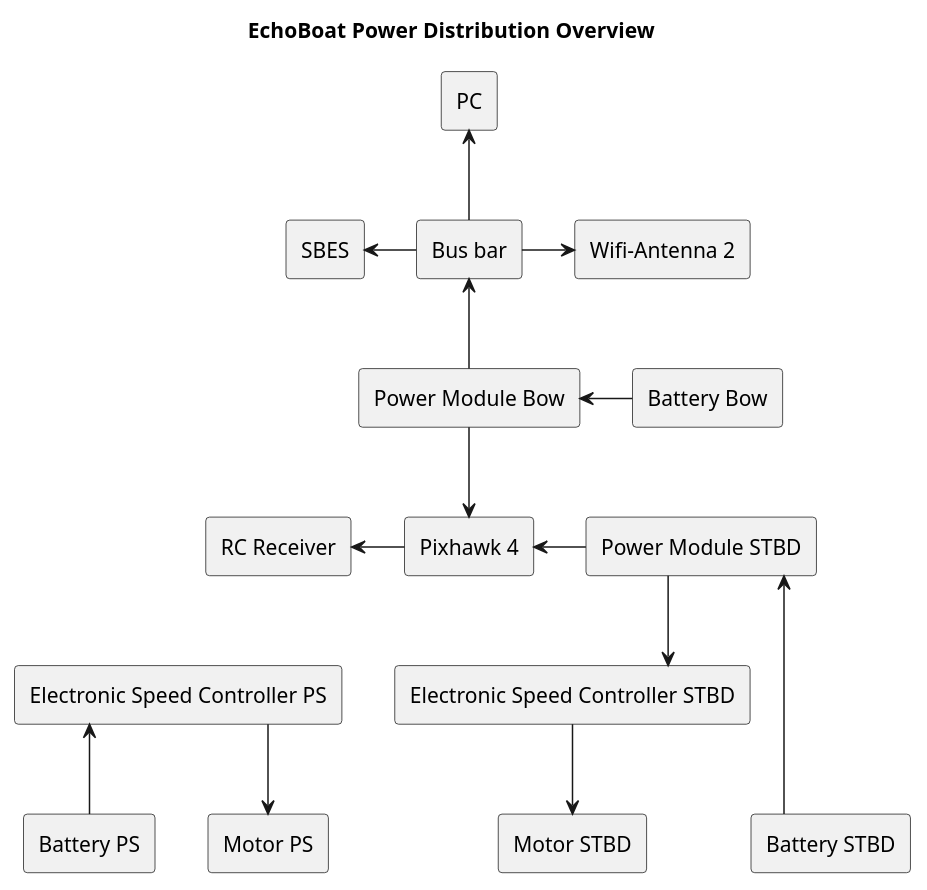
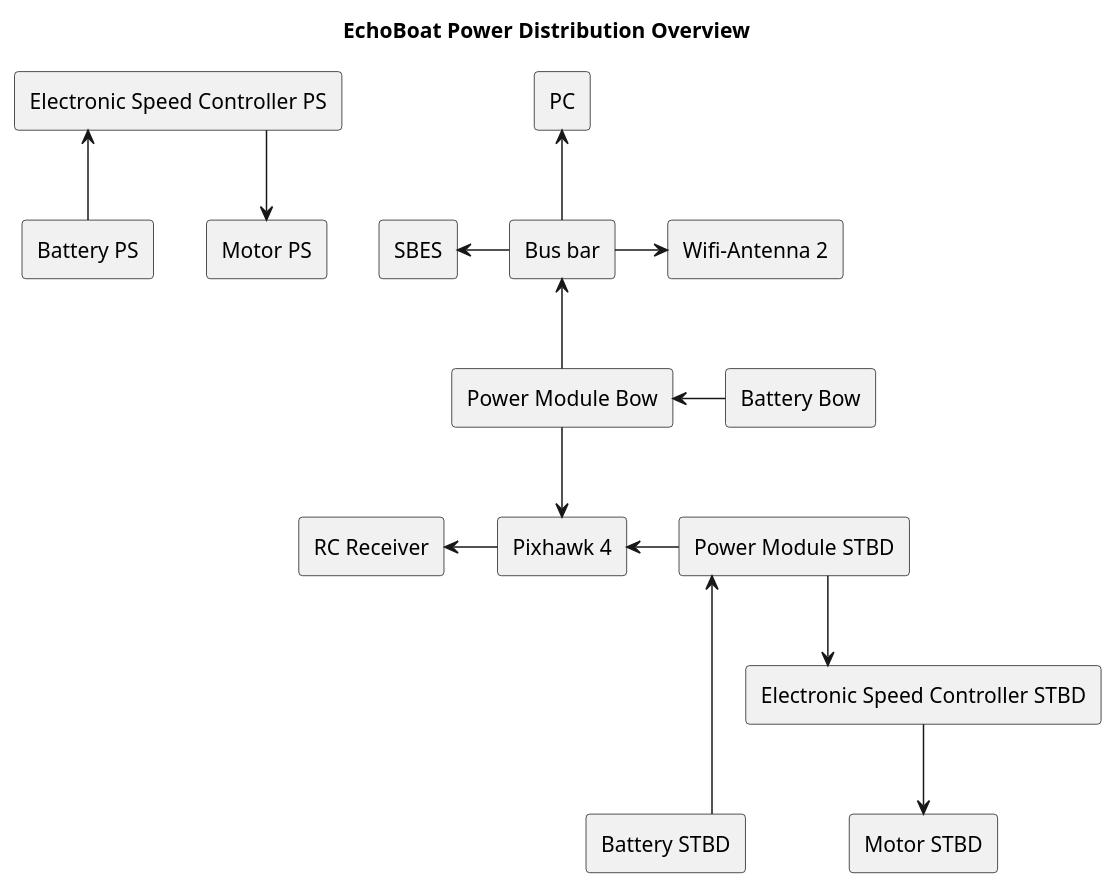
One commit to MalteBiermann/EchoBoat changed the diagram in electrical_plans/overview/overview power.plantuml. Above: the diagram before and after it, drawn with PlantUML. The commit also changed 3 other files, not shown here.

```diff
--- a/electrical_plans/overview/overview power.plantuml
+++ b/electrical_plans/overview/overview power.plantuml
@@ -1,54 +1,57 @@
 @startuml
 title "EchoBoat Power Distribution Overview"
 skinparam componentStyle rectangle
 skinparam linetype ortho
 
 component "Pixhawk 4" as PH
 component "PC"
 component "SBES"
 ' component "IMU"
 ' component "LIDAR"
 ' component "GNSS 2" as GNSS2
 component "Power Module STBD" as PMstbd
 component "Power Module Bow" as PMbow
 component "Bus bar" as Busbar
+
 component "Battery PS"
 component "Battery STBD"
 component "Battery Bow"
+
+together {
 component "Electronic Speed Controller PS" as ESCps
 component "Electronic Speed Controller STBD" as ESCstbd
+}
+
 component "Motor PS"
 component "Motor STBD"
 component "RC Receiver" as RCtrans
 
 component "Wifi-Antenna 2" as Wifi2
 
 PH -l-> RCtrans
 
 [Battery Bow] -l-> PMbow
 
 PMbow -up-> Busbar
 PMbow -down-> PH
 
 Busbar -u-> PC
 Busbar -l-> SBES
 Busbar -r-> Wifi2
 
 ' Busbar .> LIDAR
 ' Busbar .> GNSS2
 ' Busbar .> IMU
 
 PMstbd -left-> PH
 
 
 [Battery STBD] --up-> PMstbd
 [Battery PS] -up-> ESCps
 [PMstbd] --> ESCstbd
 
 ESCps -down-> [Motor PS]
 ESCstbd -down-> [Motor STBD]
 
-ESCstbd -[hidden]left-> ESCps
-
 ' hide @unlinked
 @enduml
```
